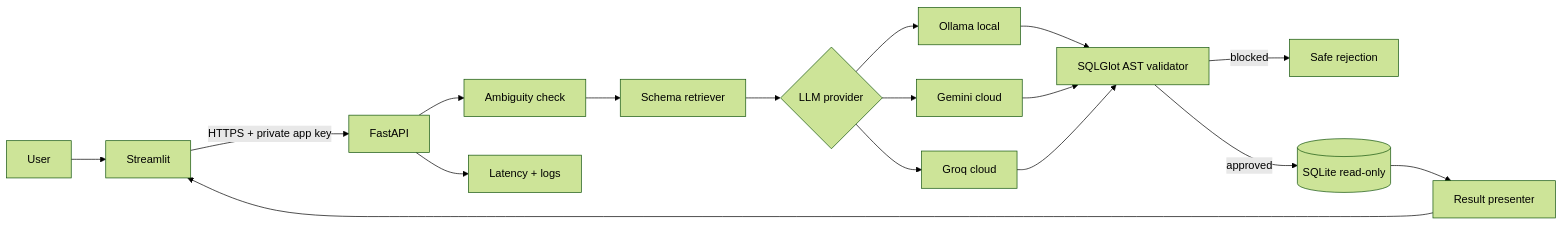
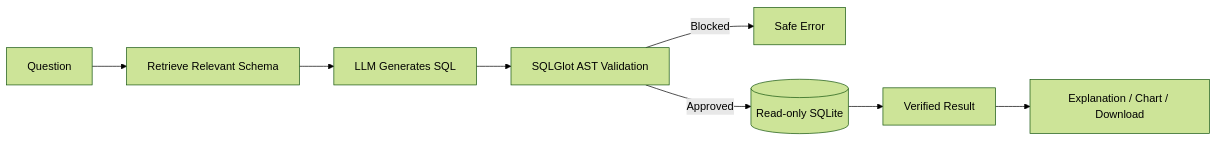
Before and after one commit to Vaibhav-153/queryguard-ai: the first of 2 diagrams in README.md, drawn with Mermaid (forest theme). The commit also changed other lines of this file and 133 other files, not shown here.

````diff
--- a/README.md
+++ b/README.md
@@ -28,19 +28,10 @@
 ```mermaid
 flowchart LR
-    U[User] --> UI[Streamlit]
-    UI -->|HTTPS + private app key| API[FastAPI]
-    API --> A[Ambiguity check]
-    A --> R[Schema retriever]
-    R --> L{LLM provider}
-    L --> O[Ollama local]
-    L --> G[Gemini cloud]
-    L --> Q[Groq cloud]
-    O --> V[SQLGlot AST validator]
-    G --> V
-    Q --> V
-    V -->|blocked| B[Safe rejection]
-    V -->|approved| DB[(SQLite read-only)]
-    DB --> P[Result presenter]
-    P --> UI
-    API --> M[Latency + logs]
+    Q[Question] --> R[Retrieve Relevant Schema]
+    R --> L[LLM Generates SQL]
+    L --> V[SQLGlot AST Validation]
+    V -->|Blocked| B[Safe Error]
+    V -->|Approved| D[(Read-only SQLite)]
+    D --> O[Verified Result]
+    O --> E[Explanation / Chart / Download]
 ```
````
